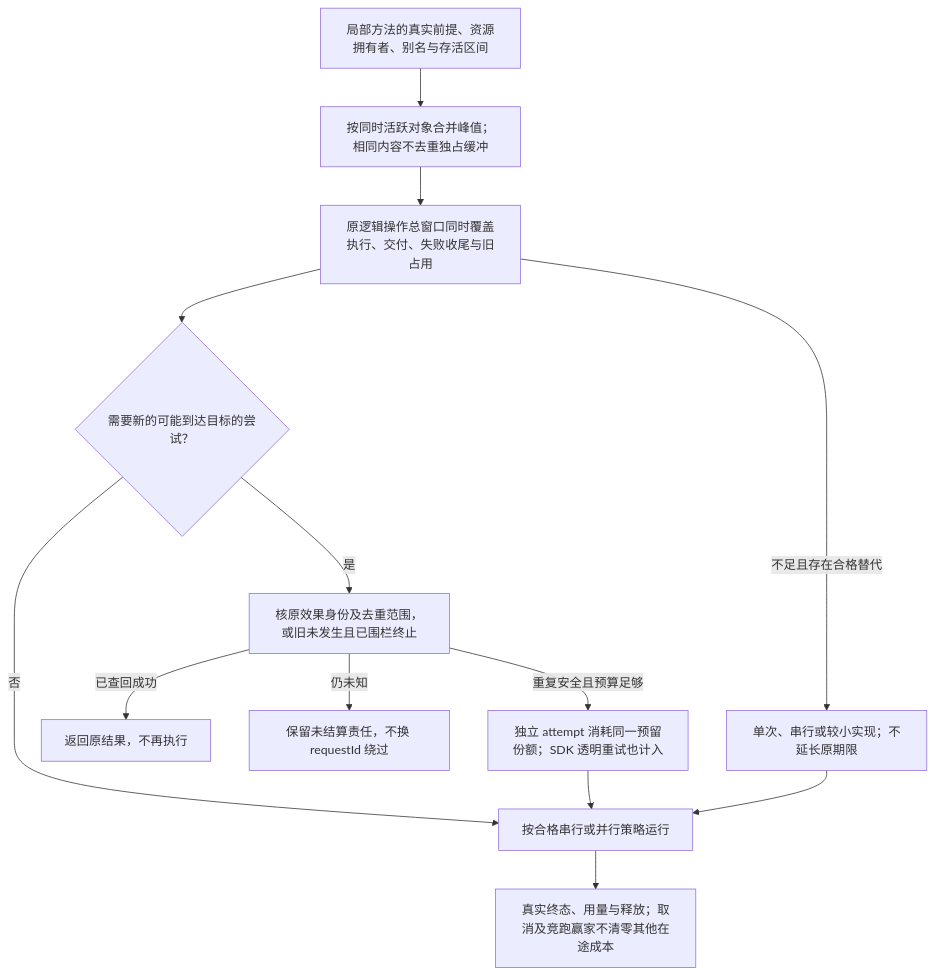
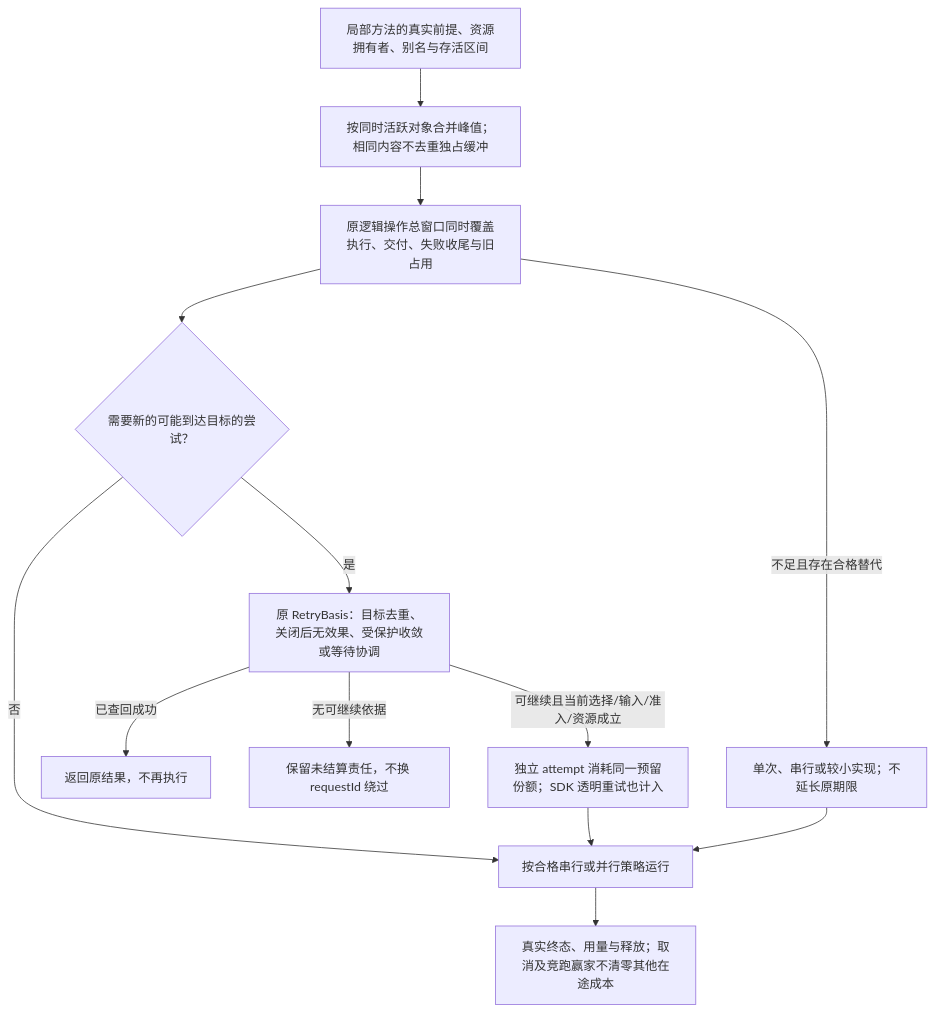
The fourth of 5 diagrams in docs/编译/组合前提与进展闭合.md (sec-platform/sec), drawn with Mermaid before and after one commit. The commit also changed other lines of this file and 14 other files, not shown here.

````diff
--- a/docs/编译/组合前提与进展闭合.md
+++ b/docs/编译/组合前提与进展闭合.md
@@ -204,15 +204,15 @@
 ```mermaid
 flowchart TD
   methods["局部方法的真实前提、资源拥有者、别名与存活区间"] --> overlap["按同时活跃对象合并峰值；相同内容不去重独占缓冲"]
   overlap --> budget["原逻辑操作总窗口同时覆盖执行、交付、失败收尾与旧占用"]
   budget --> retry{"需要新的可能到达目标的尝试？"}
   retry -->|否| run["按合格串行或并行策略运行"]
-  retry -->|是| safe["核原效果身份及去重范围，或旧未发生且已围栏终止"]
+  retry -->|是| safe["原 RetryBasis：目标去重、关闭后无效果、受保护收敛或等待协调"]
   safe -->|已查回成功| original["返回原结果，不再执行"]
-  safe -->|仍未知| pending["保留未结算责任，不换 requestId 绕过"]
-  safe -->|重复安全且预算足够| attempt["独立 attempt 消耗同一预留份额；SDK 透明重试也计入"]
+  safe -->|无可继续依据| pending["保留未结算责任，不换 requestId 绕过"]
+  safe -->|可继续且当前选择/输入/准入/资源成立| attempt["独立 attempt 消耗同一预留份额；SDK 透明重试也计入"]
   attempt --> run
   run --> settle["真实终态、用量与释放；取消及竞跑赢家不清零其他在途成本"]
   budget -->|不足且存在合格替代| smaller["单次、串行或较小实现；不延长原期限"]
   smaller --> run
 ```
````
